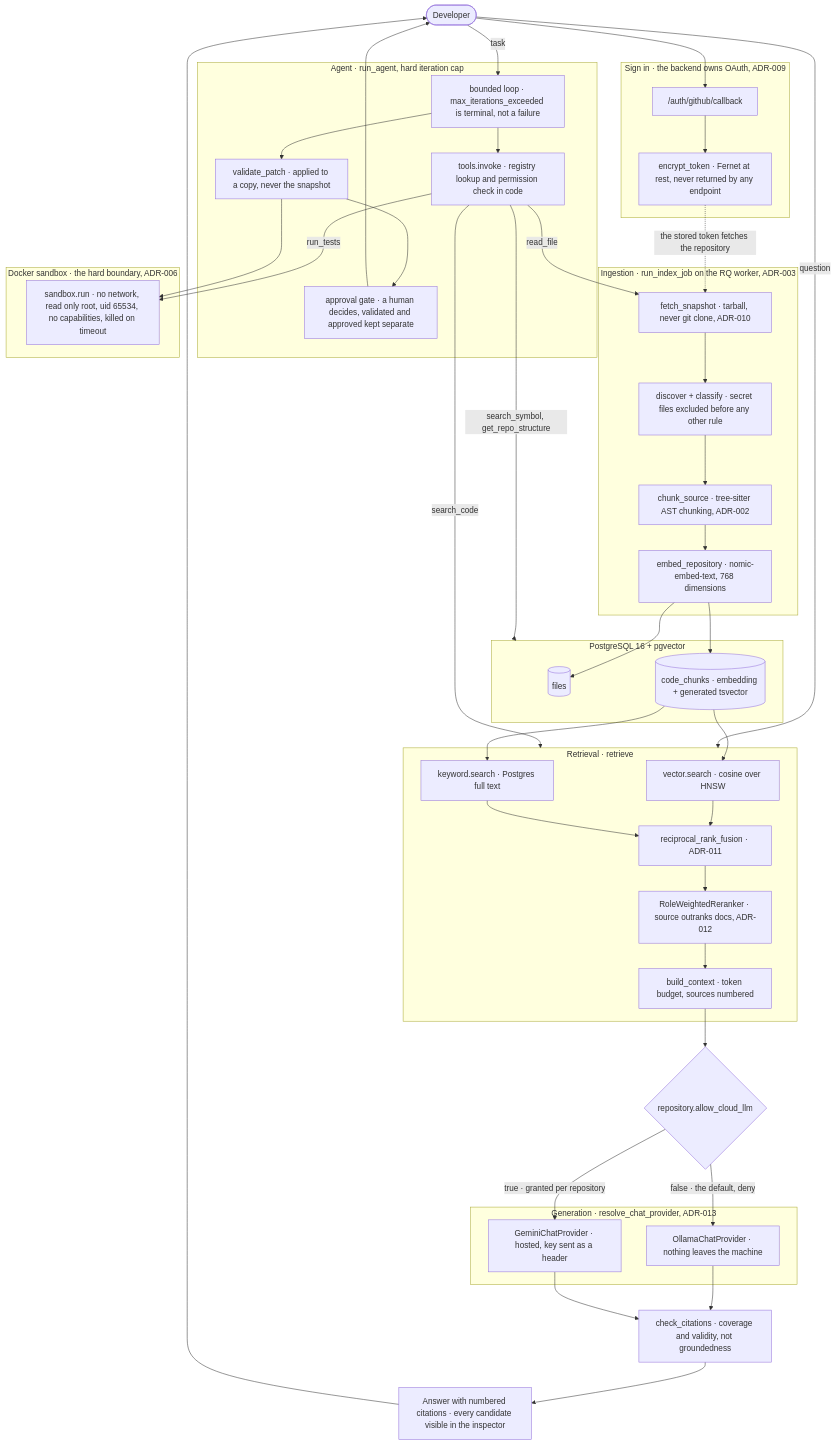
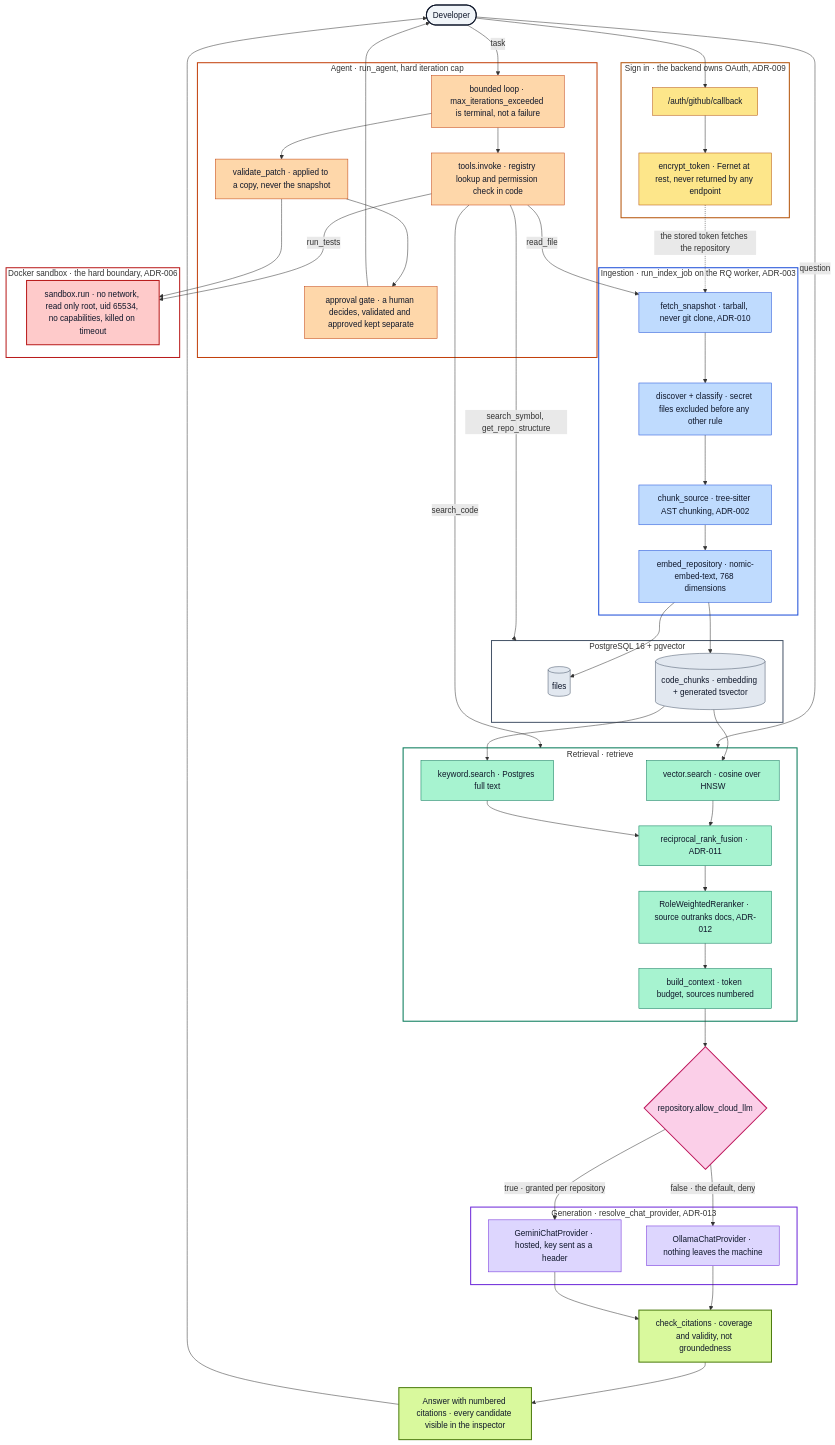
Before and after one commit to Faijur1/AI-software-engineering-platform: the diagram in README.md, drawn with Mermaid.

````diff
--- a/README.md
+++ b/README.md
@@ -129,4 +129,41 @@
     inv -->|"run_tests"| sbxrun
     patch --> sbxrun
     approve --> dev
+
+    %% ---- styling -------------------------------------------------------
+    %% Fills and text colours are set explicitly rather than left to the
+    %% theme, because GitHub renders this in both light and dark mode and a
+    %% palette that only works in one of them is worse than none.
+    classDef cActor   fill:#f1f5f9,stroke:#0f172a,stroke-width:2px,color:#0f172a
+    classDef cAuth    fill:#fde68a,stroke:#b45309,stroke-width:1px,color:#0f172a
+    classDef cIngest  fill:#bfdbfe,stroke:#1d4ed8,stroke-width:1px,color:#0f172a
+    classDef cStore   fill:#e2e8f0,stroke:#475569,stroke-width:1px,color:#0f172a
+    classDef cRag     fill:#a7f3d0,stroke:#047857,stroke-width:1px,color:#0f172a
+    classDef cGate    fill:#fbcfe8,stroke:#be185d,stroke-width:2px,color:#0f172a
+    classDef cGen     fill:#ddd6fe,stroke:#6d28d9,stroke-width:1px,color:#0f172a
+    classDef cAgent   fill:#fed7aa,stroke:#c2410c,stroke-width:1px,color:#0f172a
+    classDef cSandbox fill:#fecaca,stroke:#b91c1c,stroke-width:2px,color:#0f172a
+    classDef cOut     fill:#d9f99d,stroke:#4d7c0f,stroke-width:2px,color:#0f172a
+
+    class dev cActor
+    class cb,enc cAuth
+    class snap,disc,chunk,emb cIngest
+    class files,chunks cStore
+    class vec,kw,rrf,rank,ctx cRag
+    class consent cGate
+    class local,cloud cGen
+    class cites,answer cOut
+    class loop,inv,patch,approve cAgent
+    class sbxrun cSandbox
+
+    %% Group outlines only, with no fill: a subgraph title is drawn in the
+    %% theme's own text colour, so tinting the band behind it would make the
+    %% title unreadable in one theme or the other.
+    style auth   fill:none,stroke:#b45309,stroke-width:2px
+    style ingest fill:none,stroke:#1d4ed8,stroke-width:2px
+    style db     fill:none,stroke:#475569,stroke-width:2px
+    style rag    fill:none,stroke:#047857,stroke-width:2px
+    style llm    fill:none,stroke:#6d28d9,stroke-width:2px
+    style ag     fill:none,stroke:#c2410c,stroke-width:2px
+    style sbx    fill:none,stroke:#b91c1c,stroke-width:2px
 ```
````
